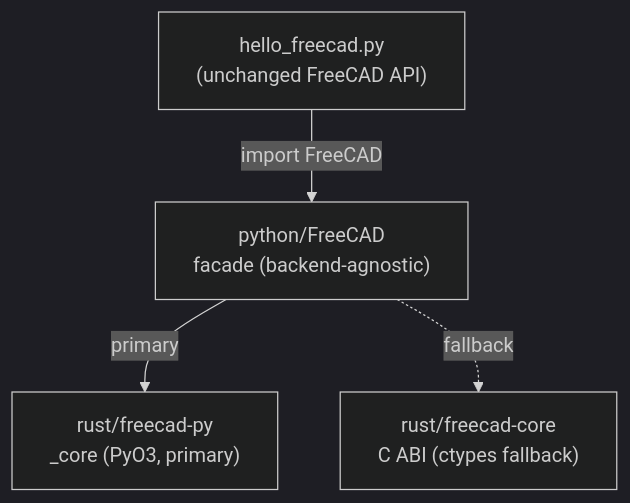
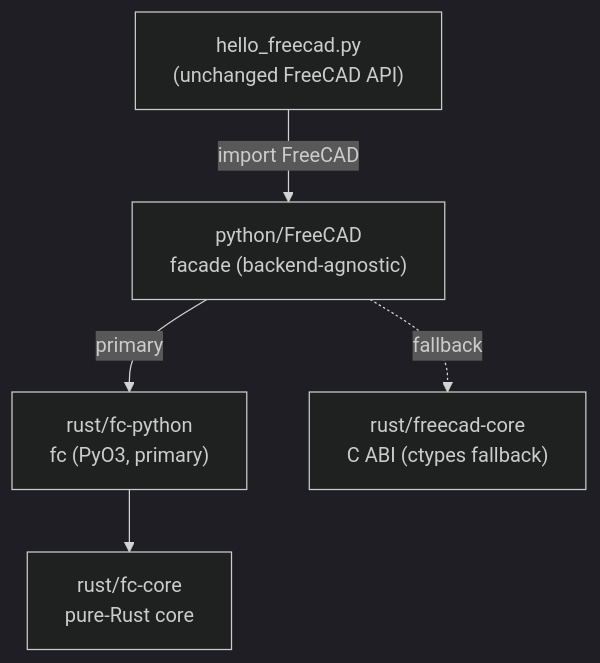
One commit to ferrocad/ferrocad changed the diagram in README.md. Above: the diagram before and after it, drawn with Mermaid (dark theme). The commit also changed other lines of this file and 6 other files, not shown here.

First line of the commit message:
fc-python (M3b): bind fc-core to Python and make it the primary FreeCAD backend

````diff
--- a/README.md
+++ b/README.md
@@ -17,10 +20,12 @@
 ```mermaid
 flowchart TD
     S["hello_freecad.py<br/>(unchanged FreeCAD API)"]
     M["python/FreeCAD<br/>facade (backend-agnostic)"]
-    P["rust/freecad-py<br/>_core (PyO3, primary)"]
+    P["rust/fc-python<br/>fc (PyO3, primary)"]
+    K["rust/fc-core<br/>pure-Rust core"]
     C["rust/freecad-core<br/>C ABI (ctypes fallback)"]
     S -->|"import FreeCAD"| M
     M -->|"primary"| P
     M -.->|"fallback"| C
+    P --> K
 ```
````
